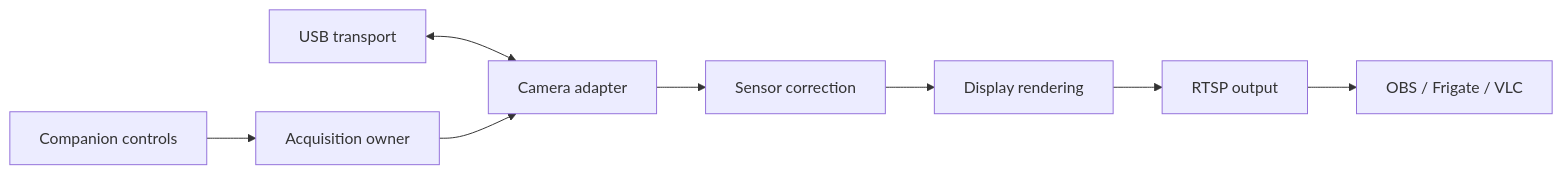
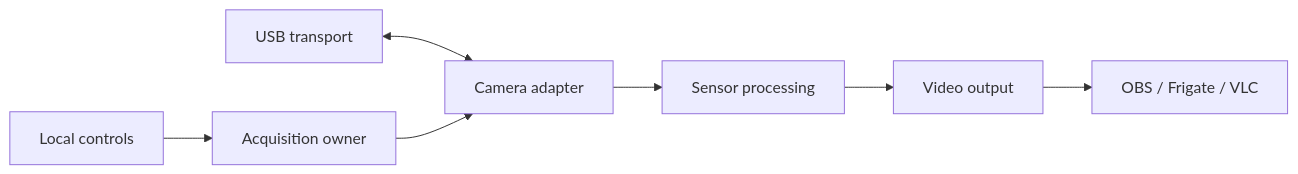
One commit to hayeshaugen/cam-action changed the diagram in README.md. Above: the diagram before and after it, drawn with Mermaid. The commit also changed other lines of this file and 19 other files, not shown here.

Commit message:
Rename project to Cam Action and clarify layered architecture

````diff
--- a/README.md
+++ b/README.md
@@ -9,10 +14,9 @@
 ```mermaid
 flowchart LR
-    USB[USB transport] <--> Camera[Camera adapter]
-    Camera --> Correction[Sensor correction]
-    Correction --> Render[Display rendering]
-    Render --> RTSP[RTSP output]
-    RTSP --> Clients[OBS / Frigate / VLC]
-    UI[Companion controls] --> Owner[Acquisition owner]
-    Owner --> Camera
+    USB[USB transport] <--> Adapter[Camera adapter]
+    Adapter --> Processing[Sensor processing]
+    Processing --> Output[Video output]
+    Output --> Clients[OBS / Frigate / VLC]
+    Controls[Local controls] --> Owner[Acquisition owner]
+    Owner --> Adapter
 ```
````
